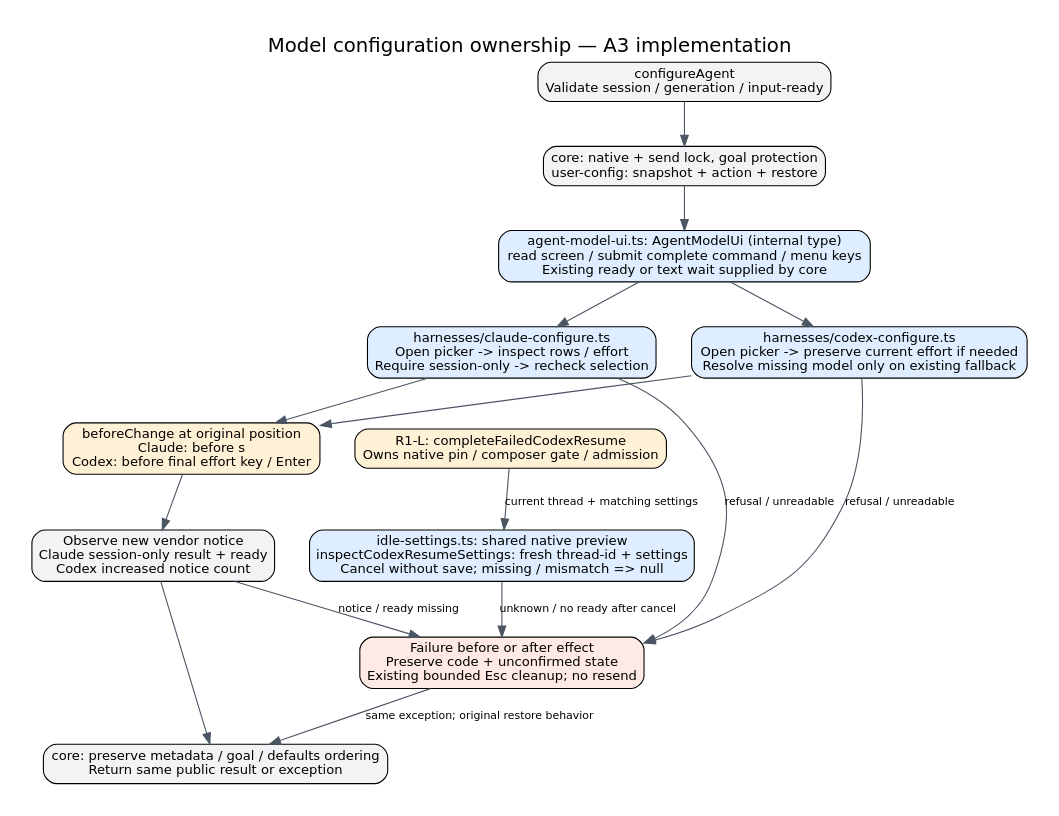
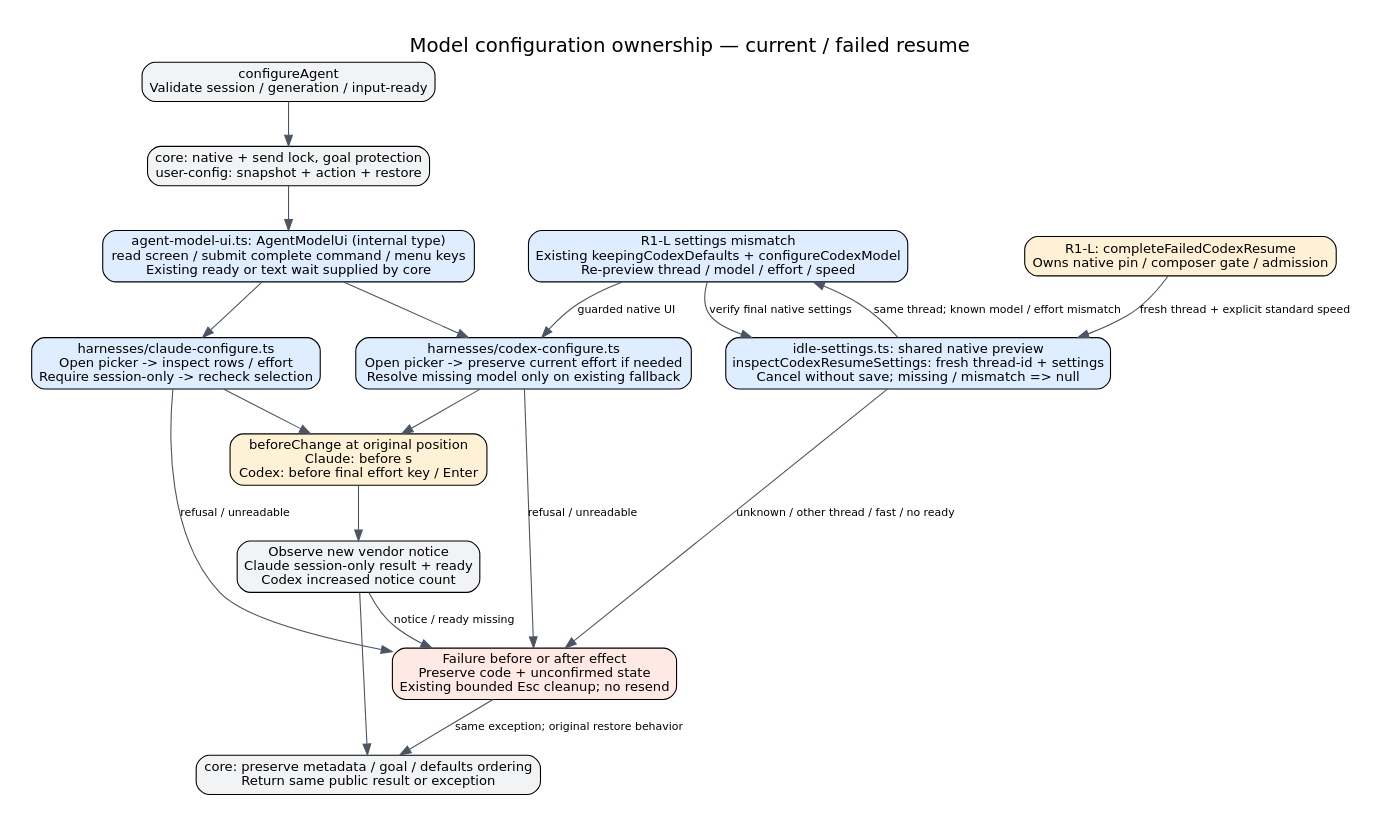
Before and after one commit to kitepon/aiterm-mcp: the diagram in docs/architecture/model-configuration.dot, drawn with Graphviz. The commit also changed 6 other files, not shown here.

Commit message:
Restore failed Codex resume settings through existing model UI

```diff
--- a/docs/architecture/model-configuration.dot
+++ b/docs/architecture/model-configuration.dot
@@ -1,30 +1,36 @@
 digraph configuration {
- graph [rankdir=TB,bgcolor="white",pad=0.3,nodesep=0.45,ranksep=0.55,fontname="DejaVu Sans",fontsize=18,label="Model configuration ownership — A3 implementation",labelloc=t];
+ graph [rankdir=TB,bgcolor="white",pad=0.3,nodesep=0.45,ranksep=0.55,fontname="DejaVu Sans",fontsize=18,label="Model configuration ownership — current / failed resume",labelloc=t];
  node [shape=box,style="rounded,filled",fillcolor="#f1f3f5",fontname="DejaVu Sans",fontsize=12];
  edge [fontname="DejaVu Sans",fontsize=10,color="#4b5563"];
  request [label="configureAgent\nValidate session / generation / input-ready"];
  lock [label="core: native + send lock, goal protection\nuser-config: snapshot + action + restore"];
  port [label="agent-model-ui.ts: AgentModelUi (internal type)\nread screen / submit complete command / menu keys\nExisting ready or text wait supplied by core",fillcolor="#deedff"];
  claude [label="harnesses/claude-configure.ts\nOpen picker -> inspect rows / effort\nRequire session-only -> recheck selection",fillcolor="#deedff"];
  codex [label="harnesses/codex-configure.ts\nOpen picker -> preserve current effort if needed\nResolve missing model only on existing fallback",fillcolor="#deedff"];
  sideeffect [label="beforeChange at original position\nClaude: before s\nCodex: before final effort key / Enter",fillcolor="#fff1d5"];
  observe [label="Observe new vendor notice\nClaude session-only result + ready\nCodex increased notice count"];
  result [label="core: preserve metadata / goal / defaults ordering\nReturn same public result or exception"];
  failure [label="Failure before or after effect\nPreserve code + unconfirmed state\nExisting bounded Esc cleanup; no resend",fillcolor="#ffe9e4"];
  preview [label="idle-settings.ts: shared native preview\ninspectCodexResumeSettings: fresh thread-id + settings\nCancel without save; missing / mismatch => null",fillcolor="#deedff"];
  repair [label="R1-L: completeFailedCodexResume\nOwns native pin / composer gate / admission",style="rounded,filled",fillcolor="#fff1d5"];
- repair -> preview [label="current thread + matching settings"];
- preview -> failure [label="unknown / no ready after cancel"];
+ repair -> preview [label="fresh thread + explicit standard speed"];
+ restore_resume [label="R1-L settings mismatch
+Existing keepingCodexDefaults + configureCodexModel
+Re-preview thread / model / effort / speed",fillcolor="#deedff"];
+ preview -> restore_resume [label="same thread; known model / effort mismatch"];
+ restore_resume -> codex [label="guarded native UI"];
+ restore_resume -> preview [label="verify final native settings"];
+ preview -> failure [label="unknown / other thread / fast / no ready"];
  request -> lock;
  lock -> port;
  port -> claude;
  port -> codex;
  claude -> sideeffect;
  codex -> sideeffect;
  sideeffect -> observe;
  observe -> result;
  claude -> failure [label="refusal / unreadable"];
  codex -> failure [label="refusal / unreadable"];
  observe -> failure [label="notice / ready missing"];
  failure -> result [label="same exception; original restore behavior"];
 }
```
